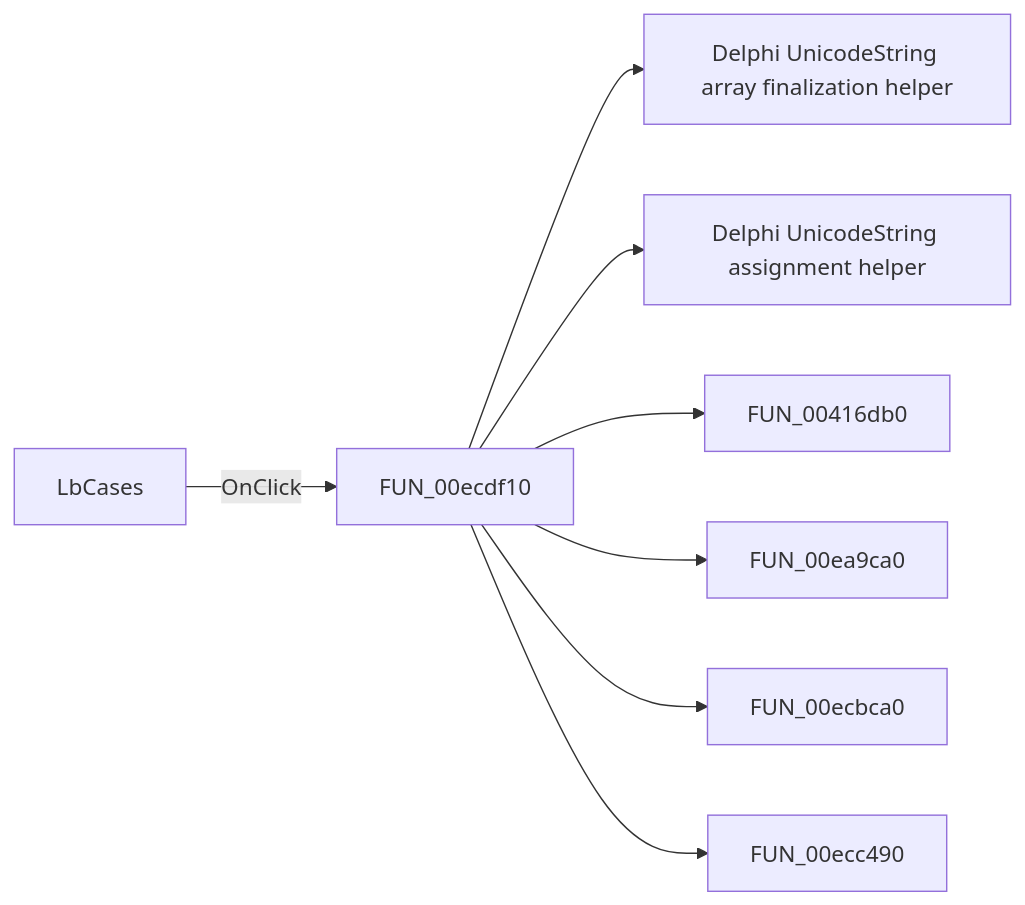
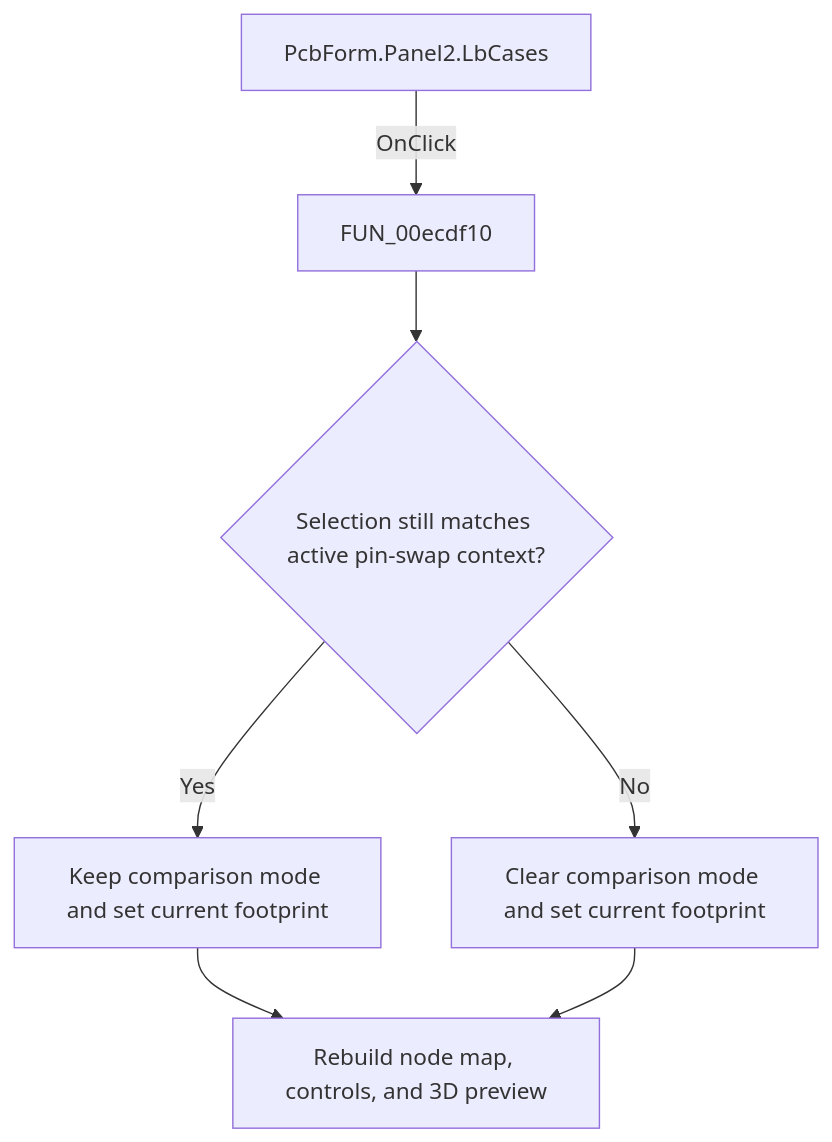
Before and after one commit to MovGP0/TIARA: the diagram in docs/ui-controls/pcbform/lbcases-d80ea6cadf.md, drawn with Mermaid. The commit also changed other lines of this file and 1062 other files, not shown here.

````diff
--- a/docs/ui-controls/pcbform/lbcases-d80ea6cadf.md
+++ b/docs/ui-controls/pcbform/lbcases-d80ea6cadf.md
@@ -27,10 +29,9 @@
 ```mermaid
-flowchart LR
-    control["LbCases"] -->|OnClick| handler["FUN_00ecdf10"]
-    handler --> call1["Delphi UnicodeString array finalization helper"]
-    handler --> call2["Delphi UnicodeString assignment helper"]
-    handler --> call3["FUN_00416db0"]
-    handler --> call4["FUN_00ea9ca0"]
-    handler --> call5["FUN_00ecbca0"]
-    handler --> call6["FUN_00ecc490"]
+flowchart TD
+    control["PcbForm.Panel2.LbCases"] -->|OnClick| handler["FUN_00ecdf10"]
+    handler --> decision{"Selection still matches active pin-swap context?"}
+    decision -->|Yes| action["Keep comparison mode and set current footprint"]
+    decision -->|No| noop["Clear comparison mode and set current footprint"]
+    action --> outcome["Rebuild node map, controls, and 3D preview"]
+    noop --> outcome
 ```
````
